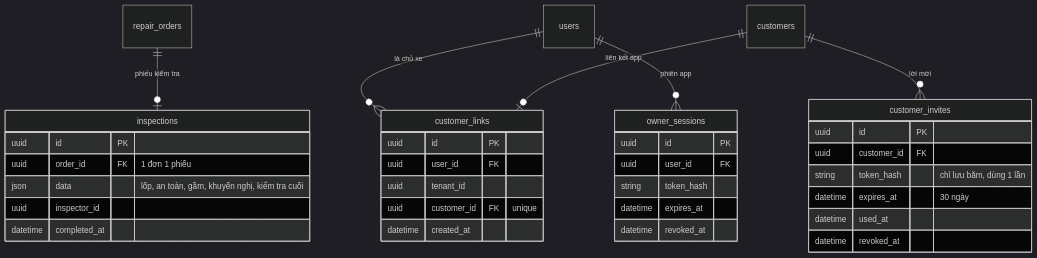
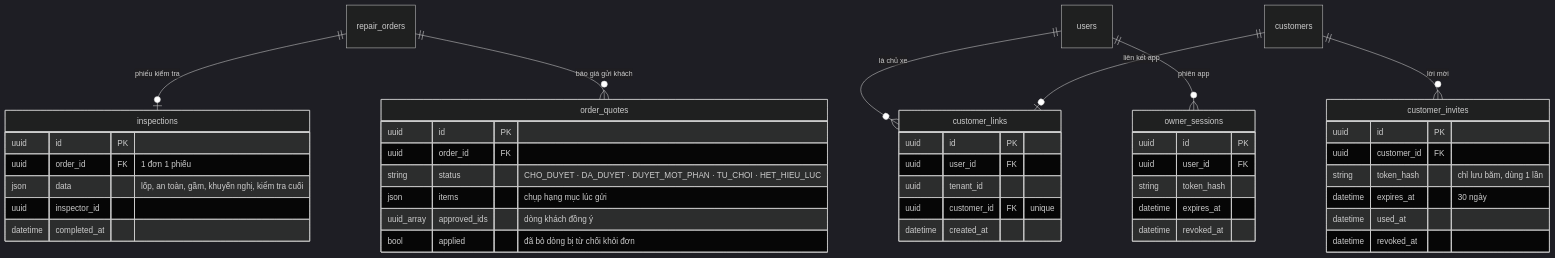
One commit to south93/cardiy-crm changed the third of 6 diagrams in docs/06-mo-hinh-du-lieu.md. Above: the diagram before and after it, drawn with Mermaid (dark theme). The commit also changed other lines of this file and 27 other files, not shown here.

First line of the commit message:
Vòng 2.2: đặt lịch online, theo dõi tiến độ, khách duyệt báo giá trên điện thoại

````diff
--- a/docs/06-mo-hinh-du-lieu.md
+++ b/docs/06-mo-hinh-du-lieu.md
@@ -214,29 +214,36 @@
 ```mermaid
 erDiagram
   repair_orders ||--o| inspections : "phiếu kiểm tra"
   users ||--o{ customer_links : "là chủ xe"
   customers ||--o| customer_links : "liên kết app"
   customers ||--o{ customer_invites : "lời mời"
   users ||--o{ owner_sessions : "phiên app"
+  repair_orders ||--o{ order_quotes : "báo giá gửi khách"
   inspections { uuid id PK
     uuid order_id FK "1 đơn 1 phiếu"
     json data "lốp, an toàn, gầm, khuyến nghị, kiểm tra cuối"
     uuid inspector_id
     datetime completed_at }
   customer_links { uuid id PK
     uuid user_id FK
     uuid tenant_id
     uuid customer_id FK "unique"
     datetime created_at }
   customer_invites { uuid id PK
     uuid customer_id FK
     string token_hash "chỉ lưu băm, dùng 1 lần"
     datetime expires_at "30 ngày"
     datetime used_at
     datetime revoked_at }
+  order_quotes { uuid id PK
+    uuid order_id FK
+    string status "CHO_DUYET · DA_DUYET · DUYET_MOT_PHAN · TU_CHOI · HET_HIEU_LUC"
+    json items "chụp hạng mục lúc gửi"
+    uuid_array approved_ids "dòng khách đồng ý"
+    bool applied "đã bỏ dòng bị từ chối khỏi đơn" }
   owner_sessions { uuid id PK
     uuid user_id FK
     string token_hash
     datetime expires_at
     datetime revoked_at }
 ```
````
